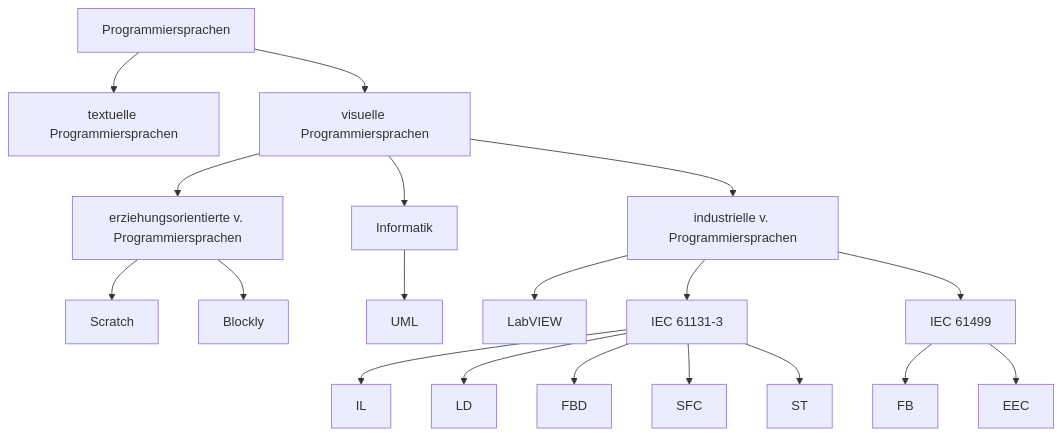
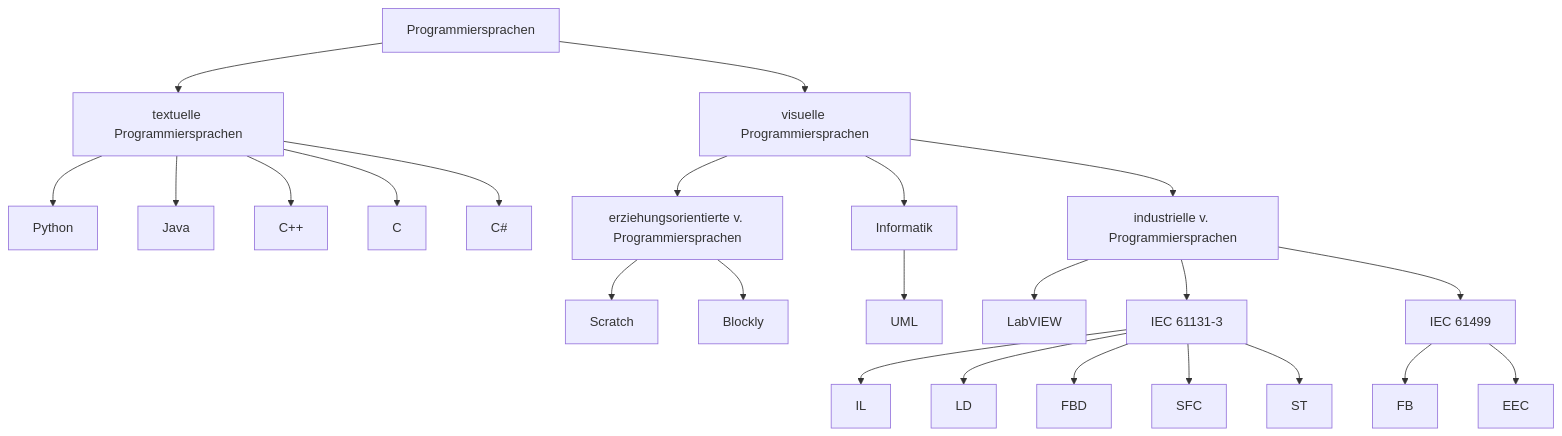
Before and after one commit to Meisterschulen-am-Ostbahnhof-Munchen/visual-programming-languages-docs: the diagram in docs/Diagramm.md, drawn with Mermaid. The commit also changed other lines of this file, not shown here.

````diff
--- a/docs/Diagramm.md
+++ b/docs/Diagramm.md
@@ -7,21 +7,26 @@
 ```mermaid
 flowchart TB
 A["Programmiersprachen"] --> B["textuelle Programmiersprachen"]
-A--> C["visuelle Programmiersprachen"]
-C -->D["erziehungsorientierte v. Programmiersprachen"]
+B --> Python
+B --> Java
+B --> C++
+B --> C
+B --> C#
+A--> CL["visuelle Programmiersprachen"]
+CL -->D["erziehungsorientierte v. Programmiersprachen"]
 D --> Scratch
 D --> Blockly
-C -->E["industrielle v. Programmiersprachen"]
-C -->Informatik
+CL -->E["industrielle v. Programmiersprachen"]
+CL -->Informatik
 Informatik --> UML
 E --> H["LabVIEW"]
 E --> F["IEC 61131-3"]
 E --> G["IEC 61499"]
 F --> IL
 F --> LD
 F --> FBD
 F --> SFC
 F --> ST
 G --> FB
 G --> EEC
 ```
````
